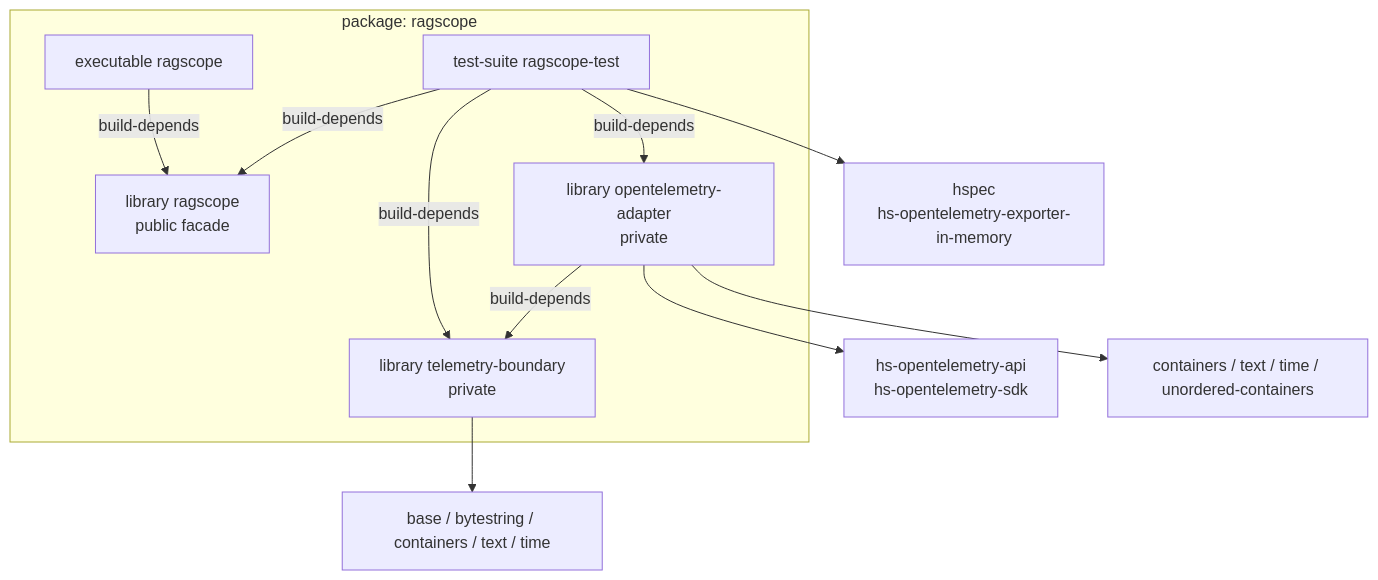
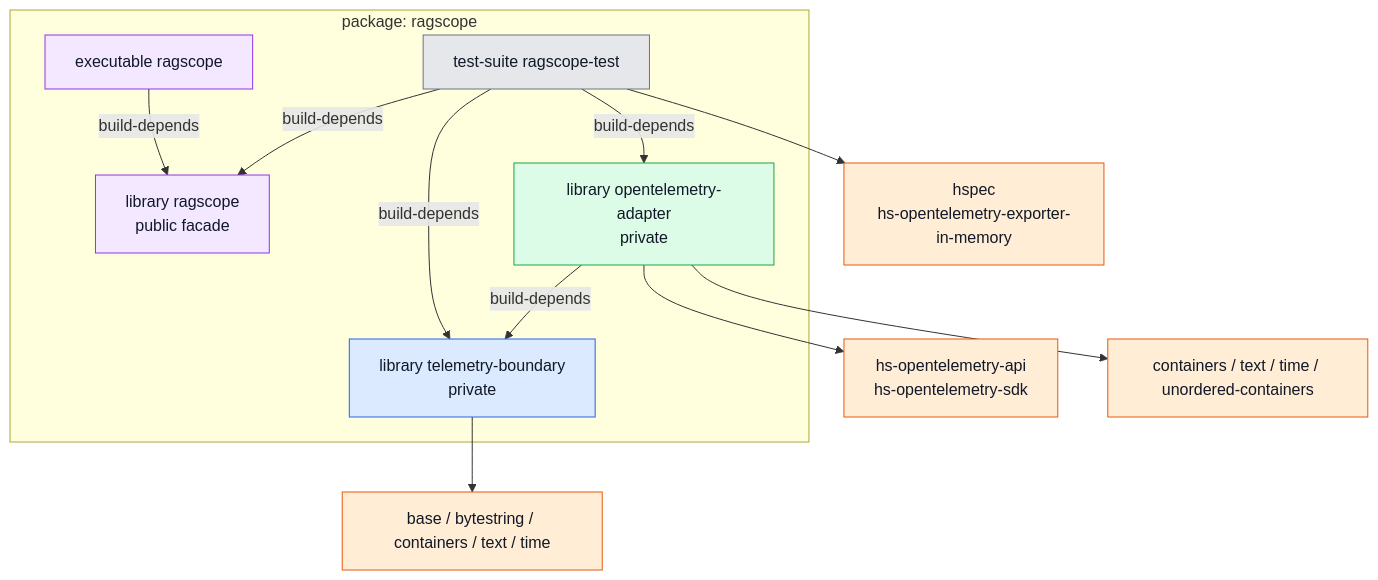
The first of 4 diagrams in Notes/RAGScope/RAGScopeアプリケーション/RAGScopeアプリケーション Haskellライブラリ・モジュールマップ.md (takashit16833/Workbench), drawn with Mermaid before and after one commit. The commit also changed other lines of this file, not shown here.

Commit message:
Mermaid図に色分けを適用

````diff
--- a/Notes/RAGScope/RAGScopeアプリケーション/RAGScopeアプリケーション Haskellライブラリ・モジュールマップ.md
+++ b/Notes/RAGScope/RAGScopeアプリケーション/RAGScopeアプリケーション Haskellライブラリ・モジュールマップ.md
@@ -9,21 +9,33 @@
 ```mermaid
 flowchart TB
   subgraph package["package: ragscope"]
     mainlib["library ragscope\npublic facade"]
     boundary["library telemetry-boundary\nprivate"]
     adapter["library opentelemetry-adapter\nprivate"]
     executable["executable ragscope"]
     tests["test-suite ragscope-test"]
   end
 
   adapter -->|build-depends| boundary
   executable -->|build-depends| mainlib
   tests -->|build-depends| mainlib
   tests -->|build-depends| boundary
   tests -->|build-depends| adapter
 
   boundary --> base["base / bytestring / containers / text / time"]
   adapter --> otel["hs-opentelemetry-api\nhs-opentelemetry-sdk"]
   adapter --> support["containers / text / time / unordered-containers"]
   tests --> testdeps["hspec\nhs-opentelemetry-exporter-in-memory"]
+
+  classDef boundaryStyle fill:#dbeafe,stroke:#2563eb,color:#111827
+  classDef adapterStyle fill:#dcfce7,stroke:#16a34a,color:#111827
+  classDef applicationStyle fill:#f3e8ff,stroke:#9333ea,color:#111827
+  classDef externalStyle fill:#ffedd5,stroke:#ea580c,color:#111827
+  classDef testStyle fill:#e5e7eb,stroke:#6b7280,color:#111827
+
+  class boundary boundaryStyle
+  class adapter adapterStyle
+  class mainlib,executable applicationStyle
+  class base,otel,support,testdeps externalStyle
+  class tests testStyle
 ```
````
